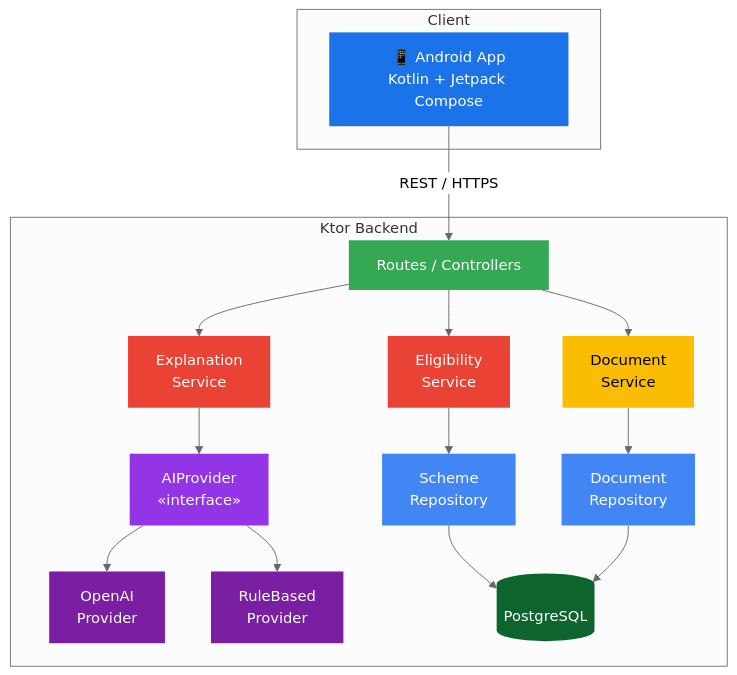
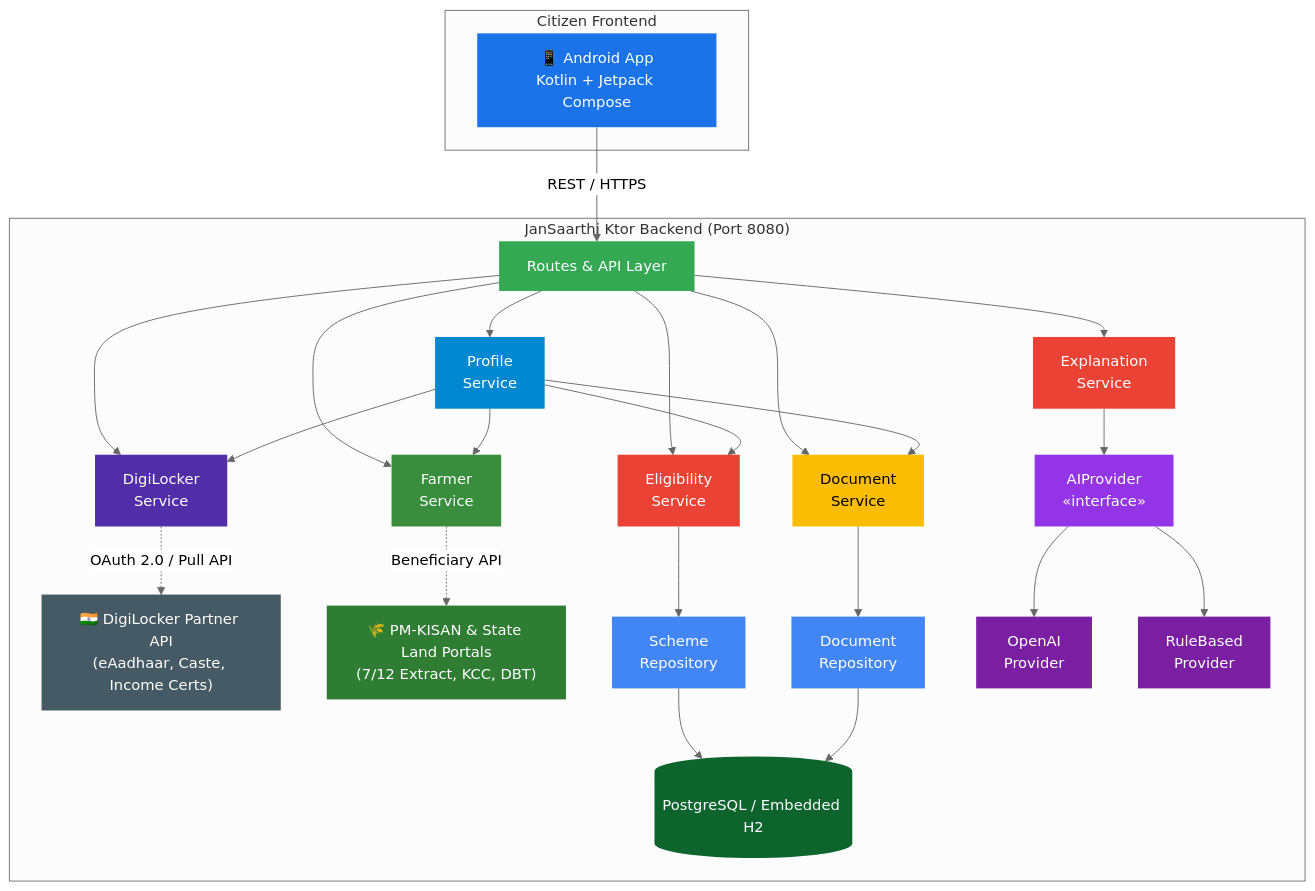
One commit to Piyushambhore/prompthon changed the diagram in backend/scheme-service/README.md. Above: the diagram before and after it, drawn with Mermaid (neutral theme). The commit also changed other lines of this file and 17 other files, not shown here.

First line of the commit message:
feat: integrate DigiLocker, Farmer workflow, State Portals & cross-service CORS

````diff
--- a/backend/scheme-service/README.md
+++ b/backend/scheme-service/README.md
@@ -17,39 +18,54 @@
 ```mermaid
 graph TB
-    subgraph Client
+    subgraph Client["Citizen Frontend"]
         A["📱 Android App<br/>Kotlin + Jetpack Compose"]
     end
 
     A -->|"REST / HTTPS"| API
 
-    subgraph Backend["Ktor Backend"]
-        API["Routes / Controllers"]
+    subgraph Backend["JanSaarthi Ktor Backend (Port 8080)"]
+        API["Routes & API Layer"]
 
+        API --> PS["Profile<br/>Service"]
+        API --> DLS["DigiLocker<br/>Service"]
+        API --> FS["Farmer<br/>Service"]
         API --> ES["Eligibility<br/>Service"]
         API --> DS["Document<br/>Service"]
         API --> EXS["Explanation<br/>Service"]
+
+        PS --> DLS
+        PS --> FS
+        PS --> ES
+        PS --> DS
+
+        DLS -.->|"OAuth 2.0 / Pull API"| DLAPI["🇮🇳 DigiLocker Partner API<br/>(eAadhaar, Caste, Income Certs)"]
+        FS -.->|"Beneficiary API"| PMK["🌾 PM-KISAN & State Land Portals<br/>(7/12 Extract, KCC, DBT)"]
 
         ES --> SR["Scheme<br/>Repository"]
         DS --> DR["Document<br/>Repository"]
 
         EXS --> AIP["AIProvider<br/>«interface»"]
-
         AIP --> OAI["OpenAI<br/>Provider"]
         AIP --> RBP["RuleBased<br/>Provider"]
 
-        SR --> DB[(PostgreSQL)]
+        SR --> DB[("PostgreSQL / Embedded H2")]
         DR --> DB
     end
 
     style A fill:#1a73e8,color:#fff,stroke:none
     style API fill:#34a853,color:#fff,stroke:none
+    style PS fill:#0288d1,color:#fff,stroke:none
+    style DLS fill:#512da8,color:#fff,stroke:none
+    style FS fill:#388e3c,color:#fff,stroke:none
     style ES fill:#ea4335,color:#fff,stroke:none
     style DS fill:#fbbc04,color:#000,stroke:none
     style EXS fill:#ea4335,color:#fff,stroke:none
     style SR fill:#4285f4,color:#fff,stroke:none
     style DR fill:#4285f4,color:#fff,stroke:none
     style AIP fill:#9334e6,color:#fff,stroke:none
     style OAI fill:#7b1fa2,color:#fff,stroke:none
     style RBP fill:#7b1fa2,color:#fff,stroke:none
     style DB fill:#0d652d,color:#fff,stroke:none
+    style DLAPI fill:#455a64,color:#fff,stroke:none
+    style PMK fill:#2e7d32,color:#fff,stroke:none
 ```
````
